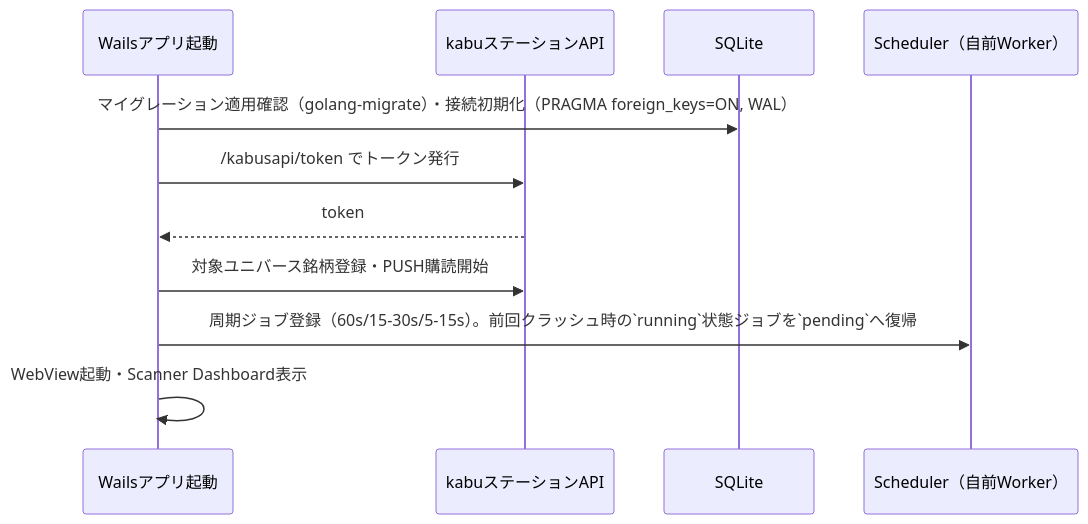
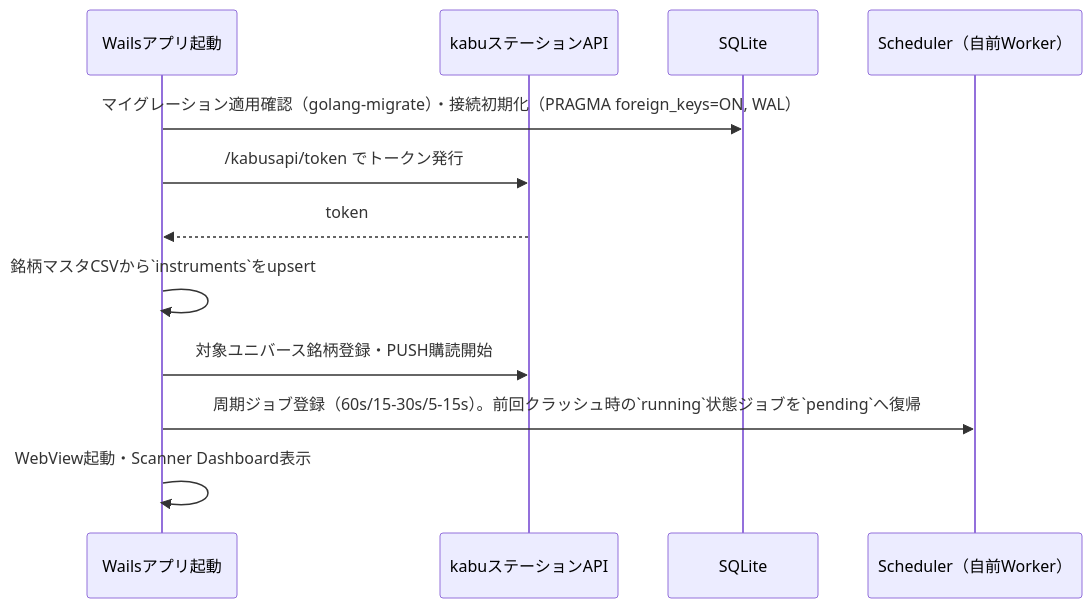
The first of 5 diagrams in docs/architecture/overview/flows.md (ousiassllc/pitha-trador), drawn with Mermaid before and after one commit. The commit also changed 16 other files, not shown here.

````diff
--- a/docs/architecture/overview/flows.md
+++ b/docs/architecture/overview/flows.md
@@ -9,14 +9,15 @@
 ```mermaid
 sequenceDiagram
     participant App as Wailsアプリ起動
     participant KABU as kabuステーションAPI
     participant DB as SQLite
     participant SCHED as Scheduler（自前Worker）
 
     App->>DB: マイグレーション適用確認（golang-migrate）・接続初期化（PRAGMA foreign_keys=ON, WAL）
     App->>KABU: /kabusapi/token でトークン発行
     KABU-->>App: token
+    App->>App: 銘柄マスタCSVから`instruments`をupsert
     App->>KABU: 対象ユニバース銘柄登録・PUSH購読開始
     App->>SCHED: 周期ジョブ登録（60s/15-30s/5-15s）。前回クラッシュ時の`running`状態ジョブを`pending`へ復帰
     App->>App: WebView起動・Scanner Dashboard表示
 ```
````
